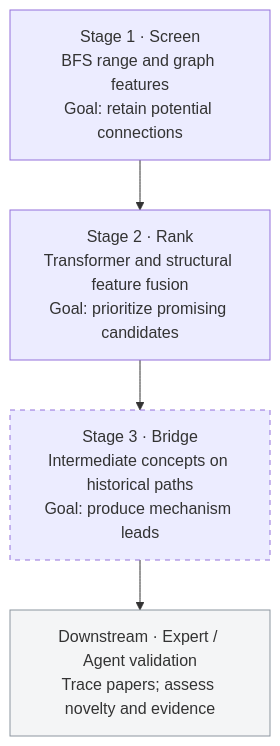
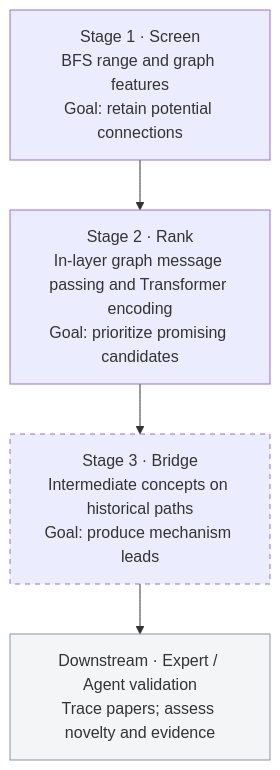
Before and after one commit to dvdsvc/conjunction: the diagram in README.md, drawn with Mermaid. The commit also changed other lines of this file and 5 other files, not shown here.

First line of the commit message:
📝 Document graph message passing inside the PENCIL Transformer

````diff
--- a/README.md
+++ b/README.md
@@ -96,10 +96,10 @@
 ```mermaid
 flowchart TB
     S["Stage 1 · Screen<br/>BFS range and graph features<br/>Goal: retain potential connections"]
-    R["Stage 2 · Rank<br/>Transformer and structural feature fusion<br/>Goal: prioritize promising candidates"]
+    R["Stage 2 · Rank<br/>In-layer graph message passing and Transformer encoding<br/>Goal: prioritize promising candidates"]
     B["Stage 3 · Bridge<br/>Intermediate concepts on historical paths<br/>Goal: produce mechanism leads"]
     V["Downstream · Expert / Agent validation<br/>Trace papers; assess novelty and evidence"]
     S --> R --> B --> V
     style B stroke-dasharray: 5 5
     style V fill:#f4f5f6,stroke:#8c959f
 ```
````
